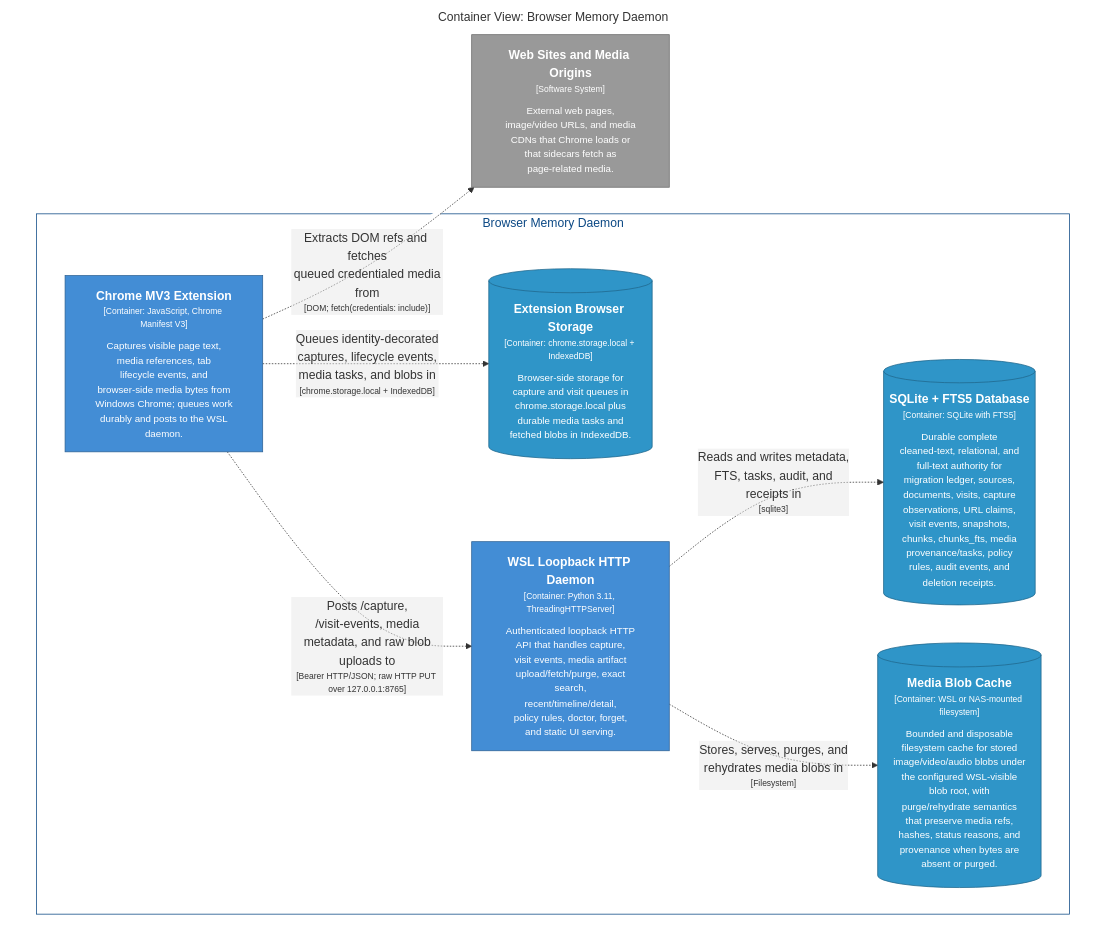
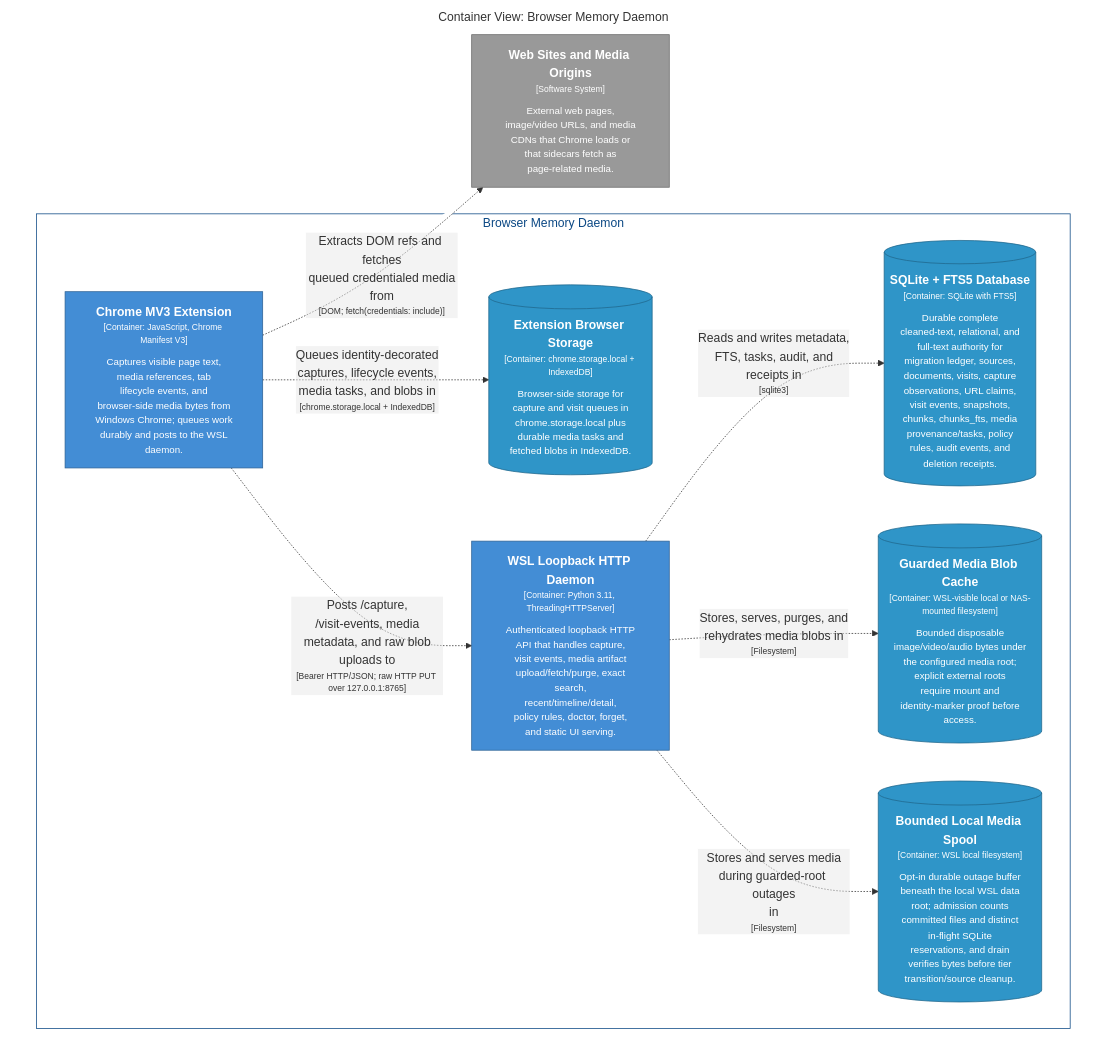
One commit to michaelnicks0/browser-memory-daemon changed the diagram in docs/architecture/diagrams/markdown/BrowserMediaContainers.md. Above: the diagram before and after it, drawn with Mermaid. The commit also changed 184 other files, not shown here.

Commit message:
feat(storage): split media root and add bounded spool

````diff
--- a/docs/architecture/diagrams/markdown/BrowserMediaContainers.md
+++ b/docs/architecture/diagrams/markdown/BrowserMediaContainers.md
@@ -16,33 +16,36 @@
 ```mermaid
 graph TB
   linkStyle default fill:#ffffff
 
   subgraph diagram ["Container View: Browser Memory Daemon"]
     style diagram fill:#ffffff,stroke:#ffffff
 
     3["<div style='font-weight: bold'>Web Sites and Media Origins</div><div style='font-size: 70%; margin-top: 0px'>[Software System]</div><div style='font-size: 80%; margin-top:10px'>External web pages,<br />image/video URLs, and media<br />CDNs that Chrome loads or<br />that sidecars fetch as<br />page-related media.</div>"]
     style 3 fill:#999999,stroke:#6b6b6b,color:#ffffff
 
     subgraph 4 ["Browser Memory Daemon"]
       style 4 fill:#ffffff,stroke:#0b4884,color:#0b4884
 
       13[("<div style='font-weight: bold'>Extension Browser Storage</div><div style='font-size: 70%; margin-top: 0px'>[Container: chrome.storage.local + IndexedDB]</div><div style='font-size: 80%; margin-top:10px'>Browser-side storage for<br />capture and visit queues in<br />chrome.storage.local plus<br />durable media tasks and<br />fetched blobs in IndexedDB.</div>")]
       style 13 fill:#2f95c8,stroke:#20688c,color:#ffffff
       14["<div style='font-weight: bold'>WSL Loopback HTTP Daemon</div><div style='font-size: 70%; margin-top: 0px'>[Container: Python 3.11, ThreadingHTTPServer]</div><div style='font-size: 80%; margin-top:10px'>Authenticated loopback HTTP<br />API that handles capture,<br />visit events, media artifact<br />upload/fetch/purge, exact<br />search,<br />recent/timeline/detail,<br />policy rules, doctor, forget,<br />and static UI serving.</div>"]
       style 14 fill:#438dd5,stroke:#2e6295,color:#ffffff
       29[("<div style='font-weight: bold'>SQLite + FTS5 Database</div><div style='font-size: 70%; margin-top: 0px'>[Container: SQLite with FTS5]</div><div style='font-size: 80%; margin-top:10px'>Durable complete<br />cleaned-text, relational, and<br />full-text authority for<br />migration ledger, sources,<br />documents, visits, capture<br />observations, URL claims,<br />visit events, snapshots,<br />chunks, chunks_fts, media<br />provenance/tasks, policy<br />rules, audit events, and<br />deletion receipts.</div>")]
       style 29 fill:#2f95c8,stroke:#20688c,color:#ffffff
-      31[("<div style='font-weight: bold'>Media Blob Cache</div><div style='font-size: 70%; margin-top: 0px'>[Container: WSL or NAS-mounted filesystem]</div><div style='font-size: 80%; margin-top:10px'>Bounded and disposable<br />filesystem cache for stored<br />image/video/audio blobs under<br />the configured WSL-visible<br />blob root, with<br />purge/rehydrate semantics<br />that preserve media refs,<br />hashes, status reasons, and<br />provenance when bytes are<br />absent or purged.</div>")]
+      31[("<div style='font-weight: bold'>Guarded Media Blob Cache</div><div style='font-size: 70%; margin-top: 0px'>[Container: WSL-visible local or NAS-mounted filesystem]</div><div style='font-size: 80%; margin-top:10px'>Bounded disposable<br />image/video/audio bytes under<br />the configured media root;<br />explicit external roots<br />require mount and<br />identity-marker proof before<br />access.</div>")]
       style 31 fill:#2f95c8,stroke:#20688c,color:#ffffff
+      32[("<div style='font-weight: bold'>Bounded Local Media Spool</div><div style='font-size: 70%; margin-top: 0px'>[Container: WSL local filesystem]</div><div style='font-size: 80%; margin-top:10px'>Opt-in durable outage buffer<br />beneath the local WSL data<br />root; admission counts<br />committed files and distinct<br />in-flight SQLite<br />reservations, and drain<br />verifies bytes before tier<br />transition/source cleanup.</div>")]
+      style 32 fill:#2f95c8,stroke:#20688c,color:#ffffff
       5["<div style='font-weight: bold'>Chrome MV3 Extension</div><div style='font-size: 70%; margin-top: 0px'>[Container: JavaScript, Chrome Manifest V3]</div><div style='font-size: 80%; margin-top:10px'>Captures visible page text,<br />media references, tab<br />lifecycle events, and<br />browser-side media bytes from<br />Windows Chrome; queues work<br />durably and posts to the WSL<br />daemon.</div>"]
       style 5 fill:#438dd5,stroke:#2e6295,color:#ffffff
     end
 
     5-. "<div>Extracts DOM refs and fetches<br />queued credentialed media<br />from</div><div style='font-size: 70%'>[DOM; fetch(credentials: include)]</div>" .->3
     5-. "<div>Queues identity-decorated<br />captures, lifecycle events,<br />media tasks, and blobs in</div><div style='font-size: 70%'>[chrome.storage.local + IndexedDB]</div>" .->13
     5-. "<div>Posts /capture,<br />/visit-events, media<br />metadata, and raw blob<br />uploads to</div><div style='font-size: 70%'>[Bearer HTTP/JSON; raw HTTP PUT over 127.0.0.1:8765]</div>" .->14
     14-. "<div>Reads and writes metadata,<br />FTS, tasks, audit, and<br />receipts in</div><div style='font-size: 70%'>[sqlite3]</div>" .->29
     14-. "<div>Stores, serves, purges, and<br />rehydrates media blobs in</div><div style='font-size: 70%'>[Filesystem]</div>" .->31
+    14-. "<div>Stores and serves media<br />during guarded-root outages<br />in</div><div style='font-size: 70%'>[Filesystem]</div>" .->32
 
   end
 ```
````
